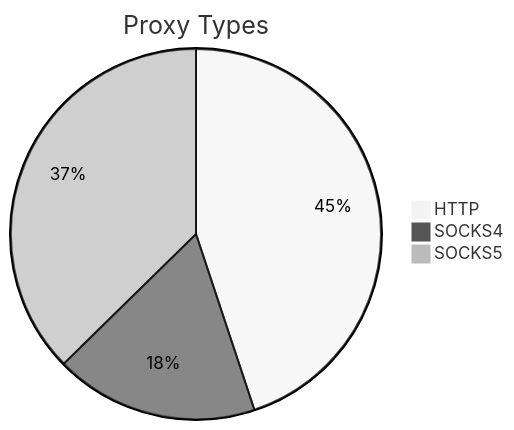
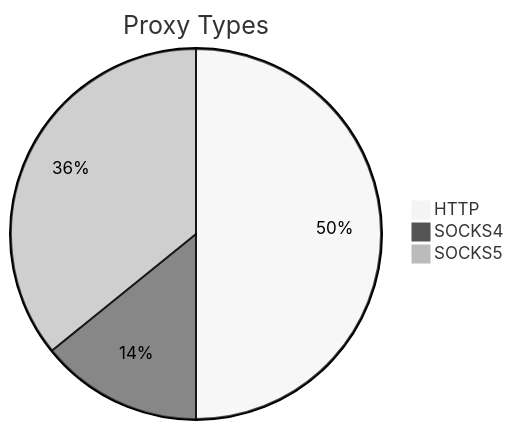
The first of 2 diagrams in README.md (stormsia/proxy-list), drawn with Mermaid (neutral theme) before and after one commit. The commit also changed other lines of this file, not shown here.

````diff
--- a/README.md
+++ b/README.md
@@ -21,6 +21,6 @@
 ```mermaid
 pie title Proxy Types
-    "HTTP" : 220
-    "SOCKS4" : 87
-    "SOCKS5" : 183
+    "HTTP" : 180
+    "SOCKS4" : 51
+    "SOCKS5" : 129
 ```
````
